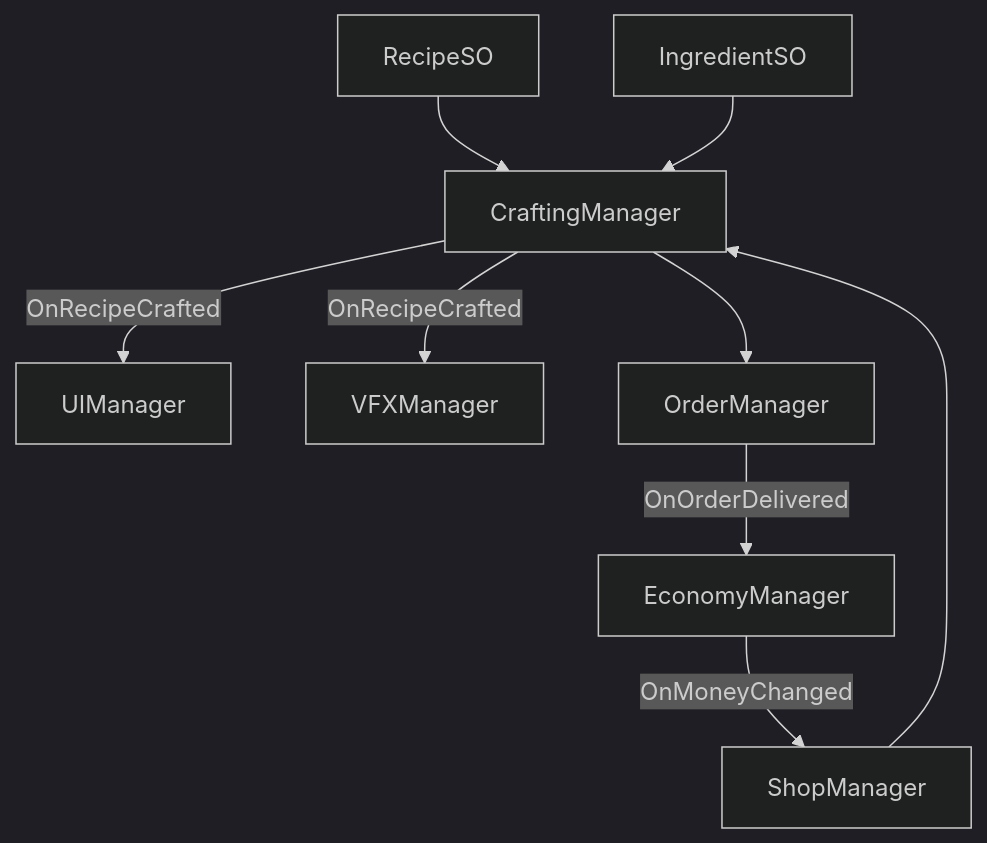
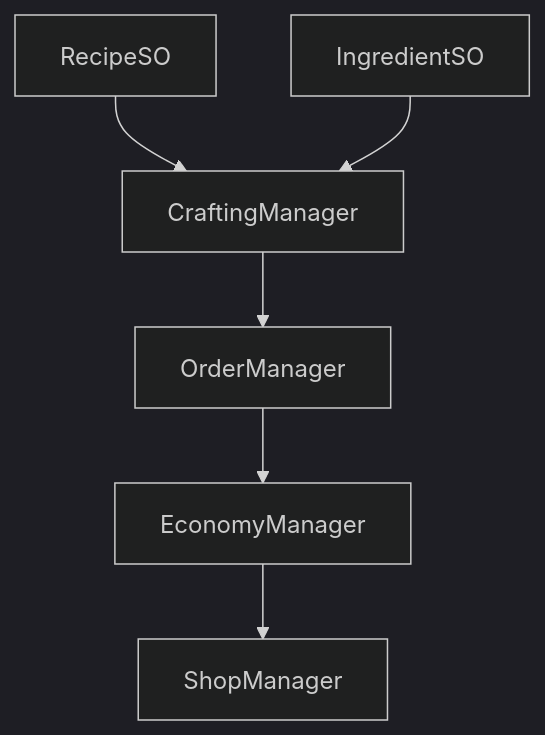
Before and after one commit to ramasii/Game-Development: the diagram in Projects/IFEST 2026/GDD - Dukun Chain Reaction.md, drawn with Mermaid (dark theme). The commit also changed other lines of this file and 1 other file, not shown here.

````diff
--- a/Projects/IFEST 2026/GDD - Dukun Chain Reaction.md
+++ b/Projects/IFEST 2026/GDD - Dukun Chain Reaction.md
@@ -69,11 +65,8 @@
 ```mermaid
 graph TD
     RecipeSO --> CraftingManager
     IngredientSO --> CraftingManager
-    CraftingManager -- OnRecipeCrafted --> UIManager
-    CraftingManager -- OnRecipeCrafted --> VFXManager
     CraftingManager --> OrderManager
-    OrderManager -- OnOrderDelivered --> EconomyManager
-    EconomyManager -- OnMoneyChanged --> ShopManager
-    ShopManager --> CraftingManager
+    OrderManager --> EconomyManager
+    EconomyManager --> ShopManager
 ```
````
